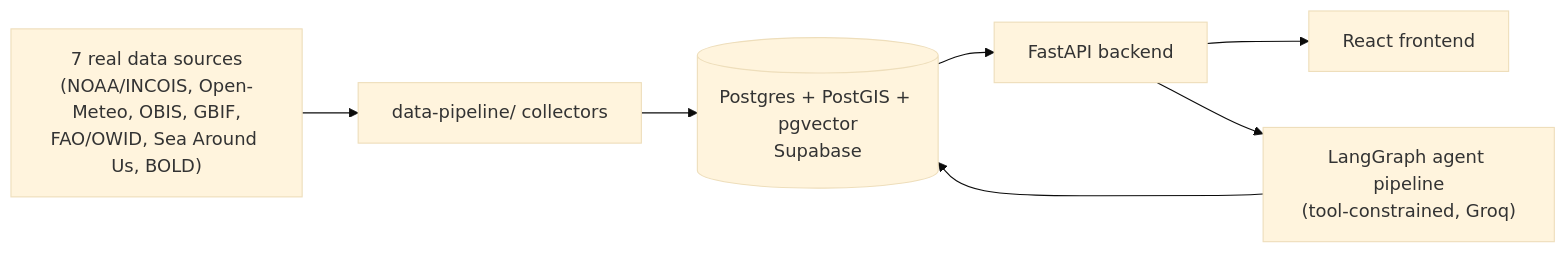
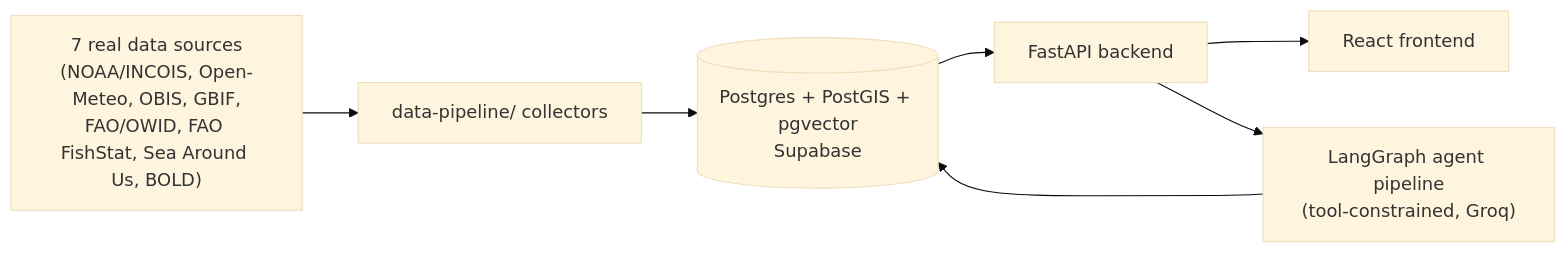
Before and after one commit to siddh-sh/OASIS: the diagram in README.md, drawn with Mermaid (base theme). The commit also changed other lines of this file and 39 other files, not shown here.

````diff
--- a/README.md
+++ b/README.md
@@ -19,9 +19,9 @@
 ```mermaid
 flowchart LR
-    Sources["7 real data sources\n(NOAA/INCOIS, Open-Meteo, OBIS, GBIF,\nFAO/OWID, Sea Around Us, BOLD)"] --> Pipeline[data-pipeline/ collectors]
+    Sources["7 real data sources\n(NOAA/INCOIS, Open-Meteo, OBIS, GBIF,\nFAO/OWID, FAO FishStat, Sea Around Us, BOLD)"] --> Pipeline[data-pipeline/ collectors]
     Pipeline --> DB[(Postgres + PostGIS + pgvector\nSupabase)]
     DB --> API[FastAPI backend]
     API --> UI[React frontend]
     Agents["LangGraph agent pipeline\n(tool-constrained, Groq)"] --> DB
     API --> Agents
 ```
````
